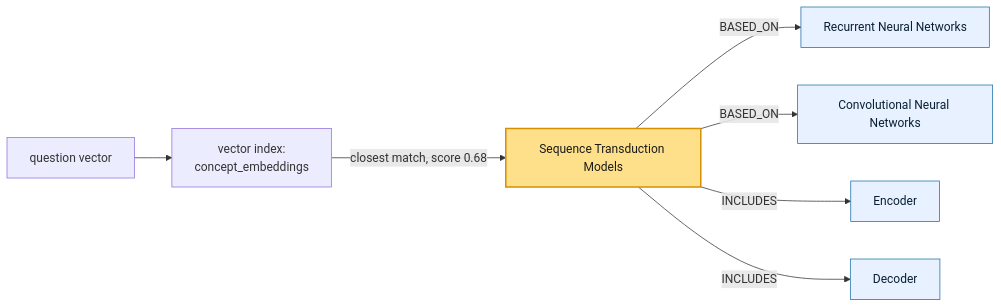
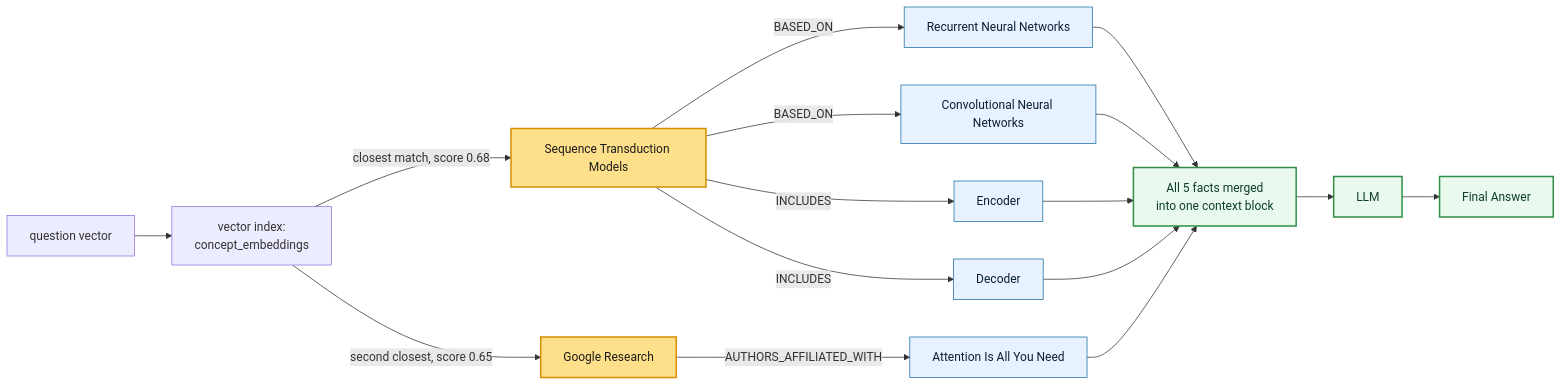
The sixth of 7 diagrams in vector_graph_hybrid.md (CogKnowEdge-Solutions/Context-Memory-Layer), drawn with Mermaid before and after one commit. The commit also changed other lines of this file, not shown here.

````diff
--- a/vector_graph_hybrid.md
+++ b/vector_graph_hybrid.md
@@ -133,15 +135,29 @@
 ```mermaid
 flowchart LR
     Qv["question vector"] --> Idx["vector index:<br/>concept_embeddings"]
-    Idx -->|closest match, score 0.68| Seed["Sequence Transduction Models"]
 
-    Seed -->|BASED_ON| RNN["Recurrent Neural Networks"]
-    Seed -->|BASED_ON| CNN["Convolutional Neural Networks"]
-    Seed -->|INCLUDES| Enc["Encoder"]
-    Seed -->|INCLUDES| Dec["Decoder"]
+    Idx -->|closest match, score 0.68| Seed1["Sequence Transduction Models"]
+    Idx -->|second closest, score 0.65| Seed2["Google Research"]
+
+    Seed1 -->|BASED_ON| N1["Recurrent Neural Networks"]
+    Seed1 -->|BASED_ON| N2["Convolutional Neural Networks"]
+    Seed1 -->|INCLUDES| N3["Encoder"]
+    Seed1 -->|INCLUDES| N4["Decoder"]
+    Seed2 -->|AUTHORS_AFFILIATED_WITH| N5["Attention Is All You Need"]
+
+    N1 --> Merge["All 5 facts merged<br/>into one context block"]
+    N2 --> Merge
+    N3 --> Merge
+    N4 --> Merge
+    N5 --> Merge
+
+    Merge --> LLM["LLM"]
+    LLM --> Final["Final Answer"]
 
     classDef seedStyle fill:#ffe08a,stroke:#d68f00,stroke-width:2px,color:#1a1a1a
-    classDef neighborStyle fill:#e7f1ff,stroke:#1d6fa5,stroke-width:1px,color:#0b1f33
-    class Seed seedStyle
-    class RNN,CNN,Enc,Dec neighborStyle
+    classDef traversedStyle fill:#e7f1ff,stroke:#1d6fa5,stroke-width:1px,color:#0b1f33
+    classDef mergeStyle fill:#e9f9ee,stroke:#2f8d46,stroke-width:2px,color:#0b3d2e
+    class Seed1,Seed2 seedStyle
+    class N1,N2,N3,N4,N5 traversedStyle
+    class Merge,LLM,Final mergeStyle
 ```
````
